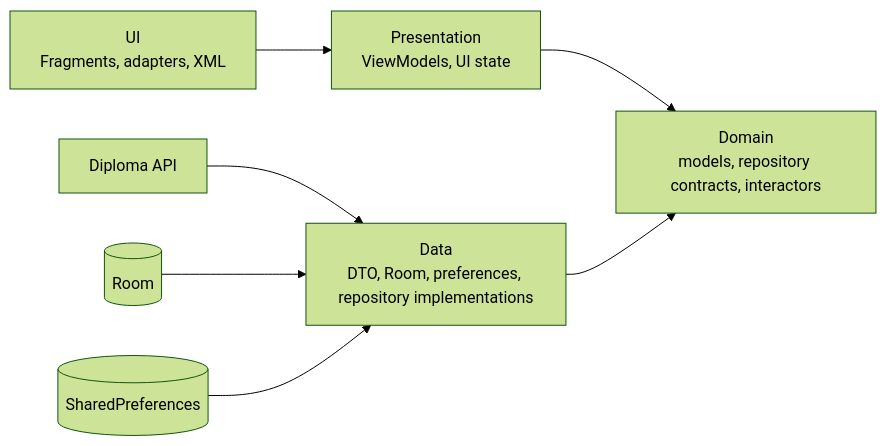
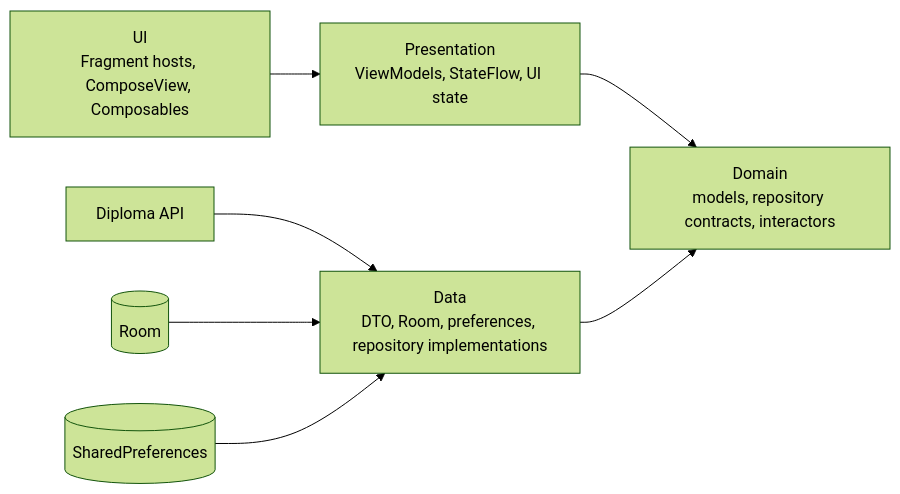
Before and after one commit to iudicio/yandex_team_project: the diagram in documentation/02-архитектура.md, drawn with Mermaid (forest theme). The commit also changed other lines of this file and 74 other files, not shown here.

````diff
--- a/documentation/02-архитектура.md
+++ b/documentation/02-архитектура.md
@@ -20,9 +21,9 @@
 ```mermaid
 flowchart LR
-    UI[UI<br/>Fragments, adapters, XML] --> P[Presentation<br/>ViewModels, UI state]
+    UI[UI<br/>Fragment hosts, ComposeView, Composables] --> P[Presentation<br/>ViewModels, StateFlow, UI state]
     P --> D[Domain<br/>models, repository contracts, interactors]
     DATA[Data<br/>DTO, Room, preferences, repository implementations] --> D
     NET[Diploma API] --> DATA
     DB[(Room)] --> DATA
     PREF[(SharedPreferences)] --> DATA
 ```
````
